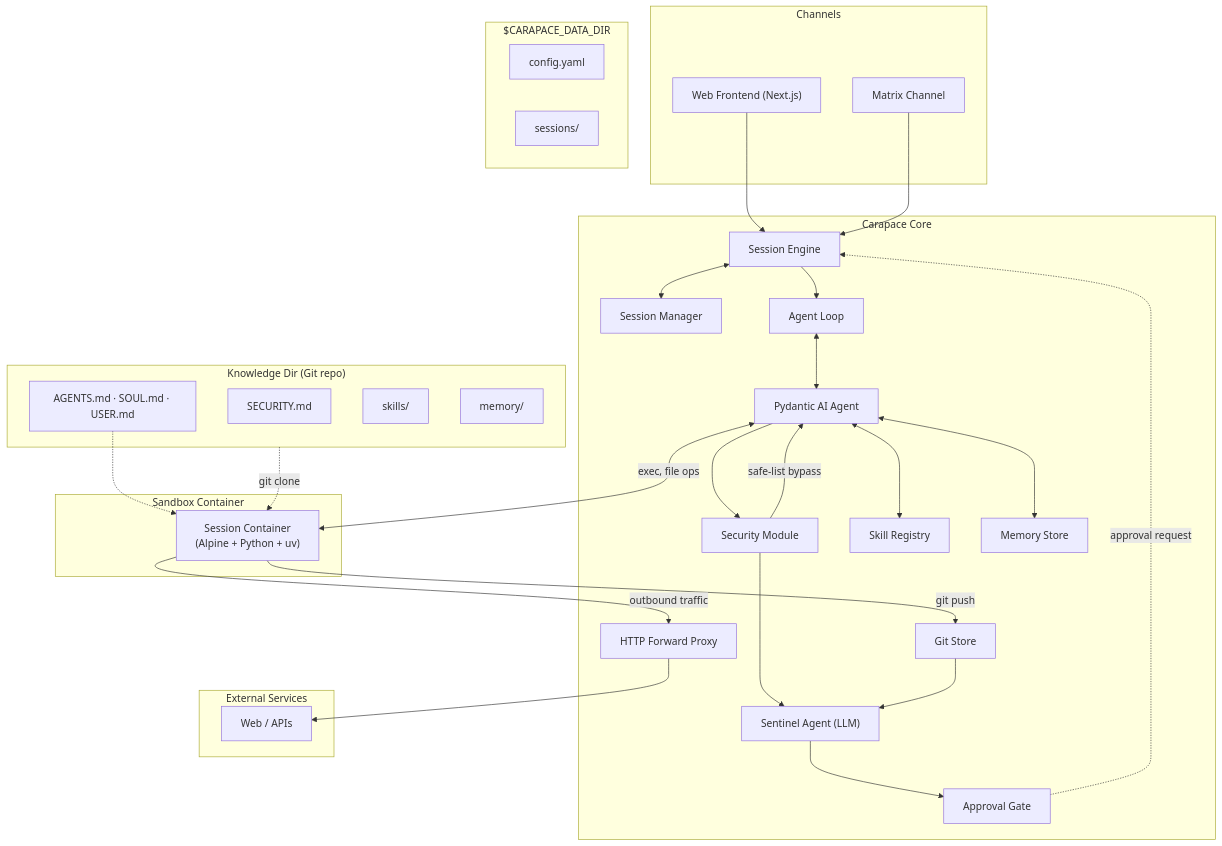
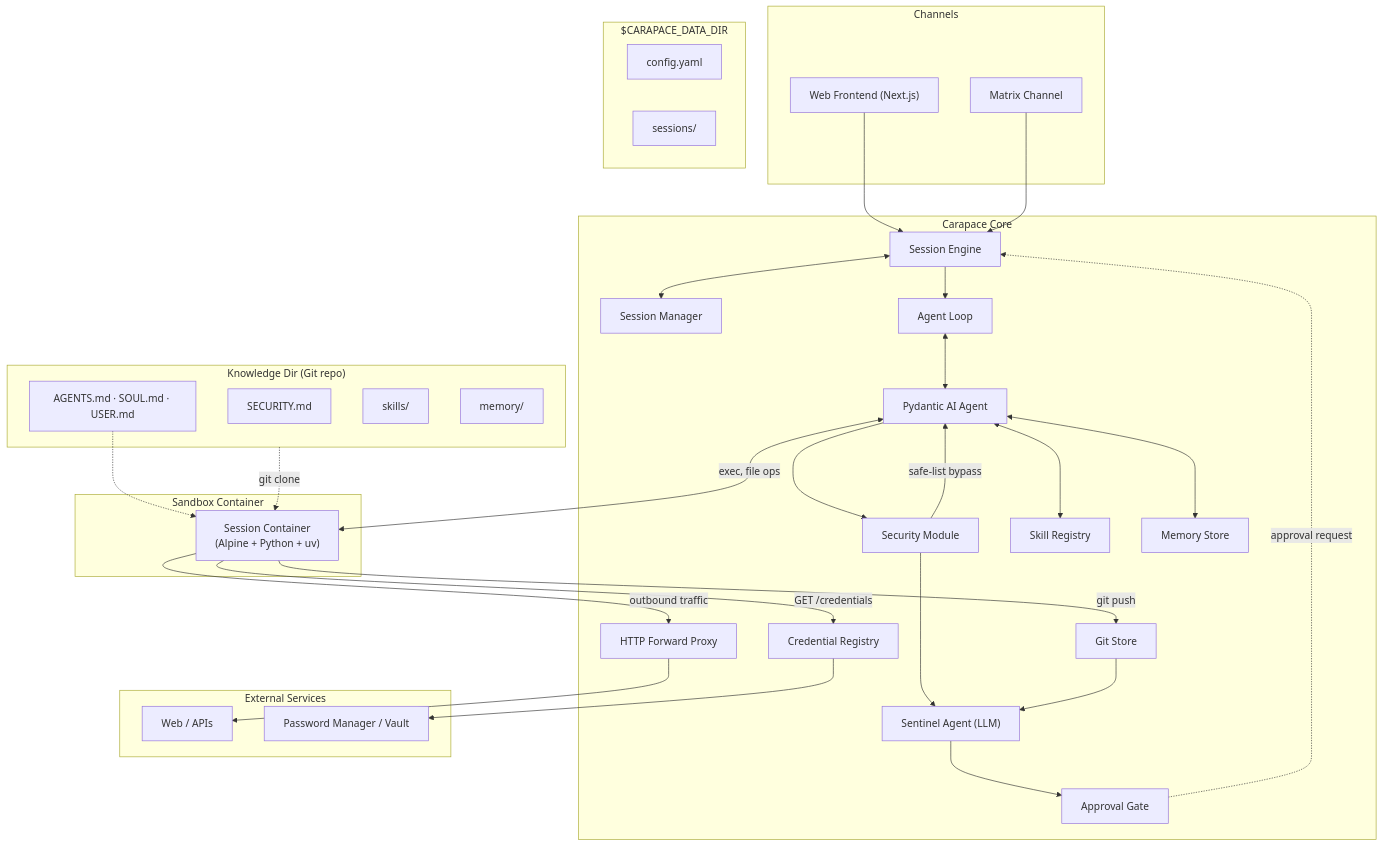
Before and after one commit to thiesgerken/carapace: the first of 2 diagrams in docs/architecture.md, drawn with Mermaid. The commit also changed other lines of this file and 7 other files, not shown here.

````diff
--- a/docs/architecture.md
+++ b/docs/architecture.md
@@ -7,62 +7,66 @@
 ```mermaid
 flowchart TB
     subgraph channels [Channels]
         WebUI["Web Frontend (Next.js)"]
         MatrixCh[Matrix Channel]
     end
 
     subgraph carapace [Carapace Core]
         SessionEngine[Session Engine]
         SessionMgr[Session Manager]
         SecurityMod["Security Module"]
         Sentinel["Sentinel Agent (LLM)"]
         ApprovalGate[Approval Gate]
         AgentLoop[Agent Loop]
         Agent["Pydantic AI Agent"]
         SkillRegistry[Skill Registry]
         MemoryStore[Memory Store]
         GitStore[Git Store]
+        CredentialRegistry[Credential Registry]
         Proxy[HTTP Forward Proxy]
     end
 
     subgraph sandbox [Sandbox Container]
         Container["Session Container<br/>(Alpine + Python + uv)"]
     end
 
     subgraph external [External Services]
         Web[Web / APIs]
+        Vault[Password Manager / Vault]
     end
 
     subgraph datadir ["$CARAPACE_DATA_DIR"]
         Config[config.yaml]
         Sessions[sessions/]
     end
 
     subgraph knowledgedir ["Knowledge Dir (Git repo)"]
         SecurityPolicy[SECURITY.md]
         WorkspaceFiles["AGENTS.md · SOUL.md · USER.md"]
         Skills[skills/]
         Memory[memory/]
     end
 
     WebUI & MatrixCh --> SessionEngine
     SessionEngine <--> SessionMgr
     SessionEngine --> AgentLoop
     AgentLoop <--> Agent
     Agent <--> SkillRegistry
     Agent <--> MemoryStore
     Agent --> SecurityMod
     SecurityMod -->|safe-list bypass| Agent
     SecurityMod --> Sentinel
     Sentinel --> ApprovalGate
     ApprovalGate -.->|approval request| SessionEngine
 
     Agent <-->|exec, file ops| Container
     Container -->|outbound traffic| Proxy
     Proxy --> Web
     Container -->|git push| GitStore
+    Container -->|GET /credentials| CredentialRegistry
+    CredentialRegistry --> Vault
     GitStore --> Sentinel
 
     knowledgedir -.->|git clone| Container
     WorkspaceFiles -.-> Container
 ```
````
